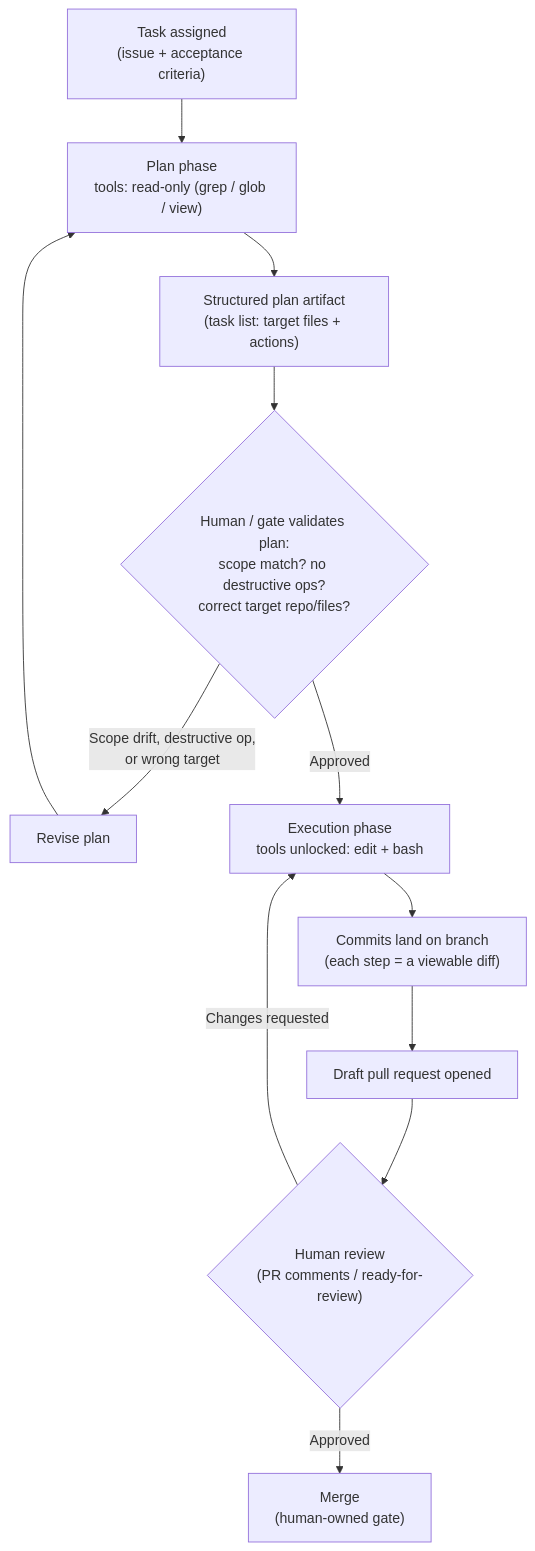
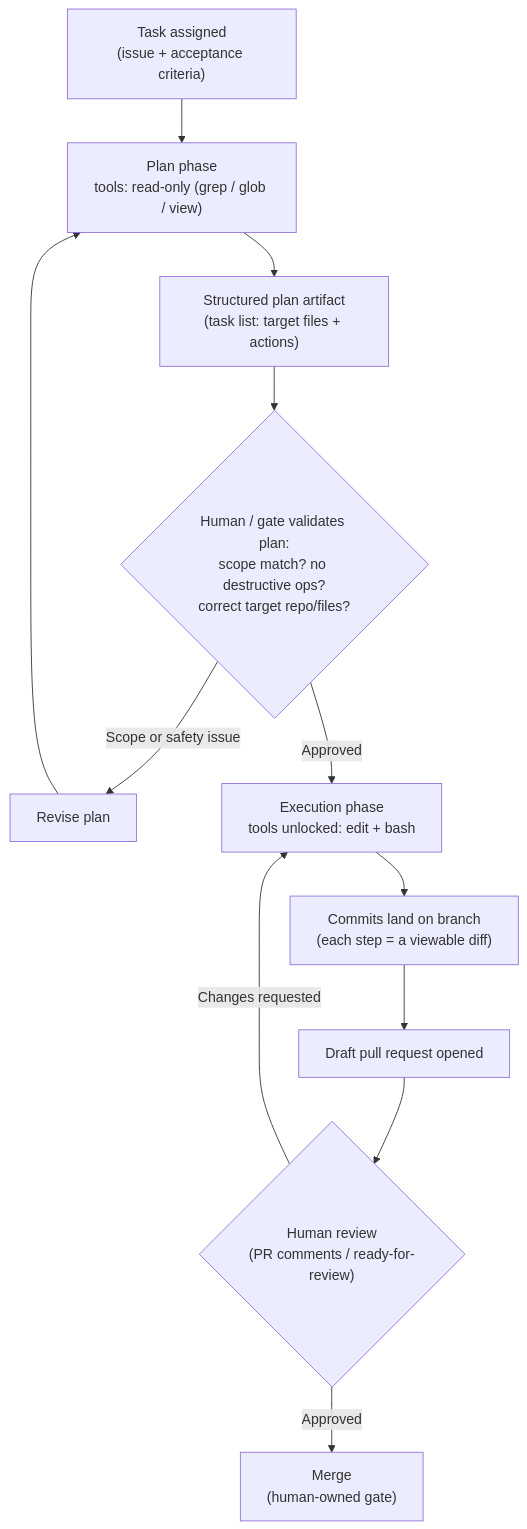
One commit to ajeetchouksey/ajch_skillup changed the second of 2 diagrams in content/skillup/gh600/notes/gh600-d1-prepare-agent-architecture-and-sdlc-processes.md. Above: the diagram before and after it, drawn with Mermaid. The commit also changed other lines of this file and 6 other files, not shown here.

First line of the commit message:
fix(gh600): diagram-craft QA pass — fix violations, add captions to all 11 diagrams

````diff
--- a/content/skillup/gh600/notes/gh600-d1-prepare-agent-architecture-and-sdlc-processes.md
+++ b/content/skillup/gh600/notes/gh600-d1-prepare-agent-architecture-and-sdlc-processes.md
@@ -96,14 +101,14 @@
 ```mermaid
 flowchart TD
     T["Task assigned<br/>(issue + acceptance criteria)"] --> P["Plan phase<br/>tools: read-only (grep / glob / view)"]
     P --> A["Structured plan artifact<br/>(task list: target files + actions)"]
     A --> V{"Human / gate validates plan:<br/>scope match? no destructive ops?<br/>correct target repo/files?"}
-    V -->|"Scope drift, destructive op,<br/>or wrong target"| Rev["Revise plan"]
+    V -->|"Scope or safety issue"| Rev["Revise plan"]
     Rev --> P
     V -->|"Approved"| E["Execution phase<br/>tools unlocked: edit + bash"]
     E --> C["Commits land on branch<br/>(each step = a viewable diff)"]
     C --> PR["Draft pull request opened"]
     PR --> HR{"Human review<br/>(PR comments / ready-for-review)"}
     HR -->|"Changes requested"| E
     HR -->|"Approved"| Merge["Merge<br/>(human-owned gate)"]
 ```
````
